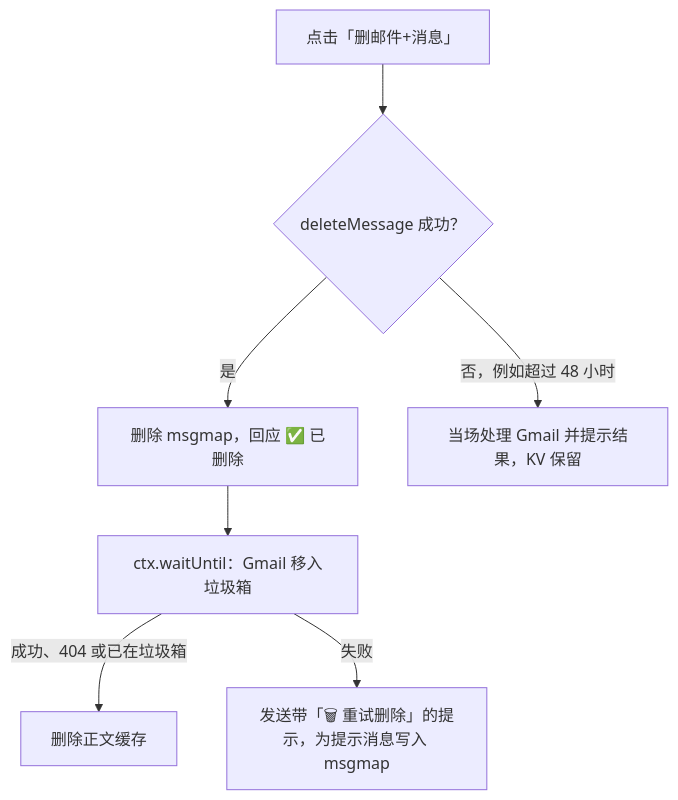
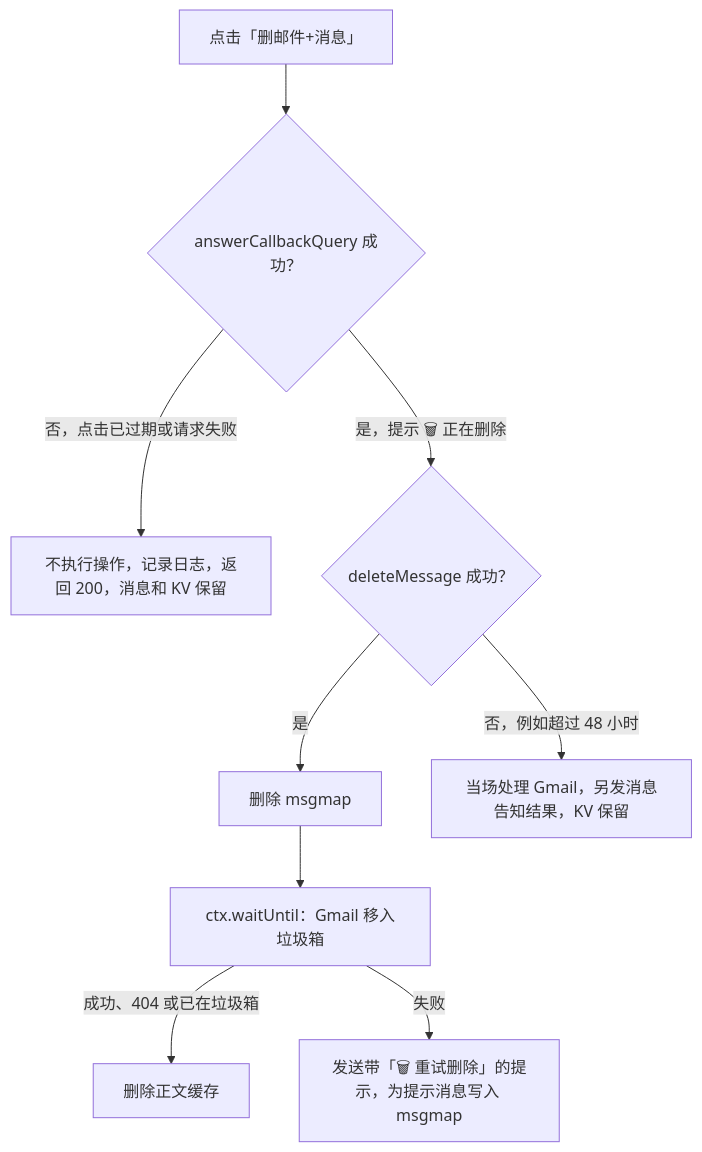
The fourth of 4 diagrams in docs/ai-maintenance/architecture.md (lainbo/synopsis), drawn with Mermaid before and after one commit. The commit also changed other lines of this file and 5 other files, not shown here.

````diff
--- a/docs/ai-maintenance/architecture.md
+++ b/docs/ai-maintenance/architecture.md
@@ -133,9 +135,11 @@
 ```mermaid
 flowchart TD
-  A["点击「删邮件+消息」"] --> B{"deleteMessage 成功？"}
-  B -- "是" --> C["删除 msgmap，回应 ✅ 已删除"]
+  A["点击「删邮件+消息」"] --> H{"answerCallbackQuery 成功？"}
+  H -- "否，点击已过期或请求失败" --> I["不执行操作，记录日志，返回 200，消息和 KV 保留"]
+  H -- "是，提示 🗑 正在删除" --> B{"deleteMessage 成功？"}
+  B -- "是" --> C["删除 msgmap"]
   C --> D["ctx.waitUntil：Gmail 移入垃圾箱"]
   D -- "成功、404 或已在垃圾箱" --> E["删除正文缓存"]
   D -- "失败" --> F["发送带「🗑 重试删除」的提示，为提示消息写入 msgmap"]
-  B -- "否，例如超过 48 小时" --> G["当场处理 Gmail 并提示结果，KV 保留"]
+  B -- "否，例如超过 48 小时" --> G["当场处理 Gmail，另发消息告知结果，KV 保留"]
 ```
````
